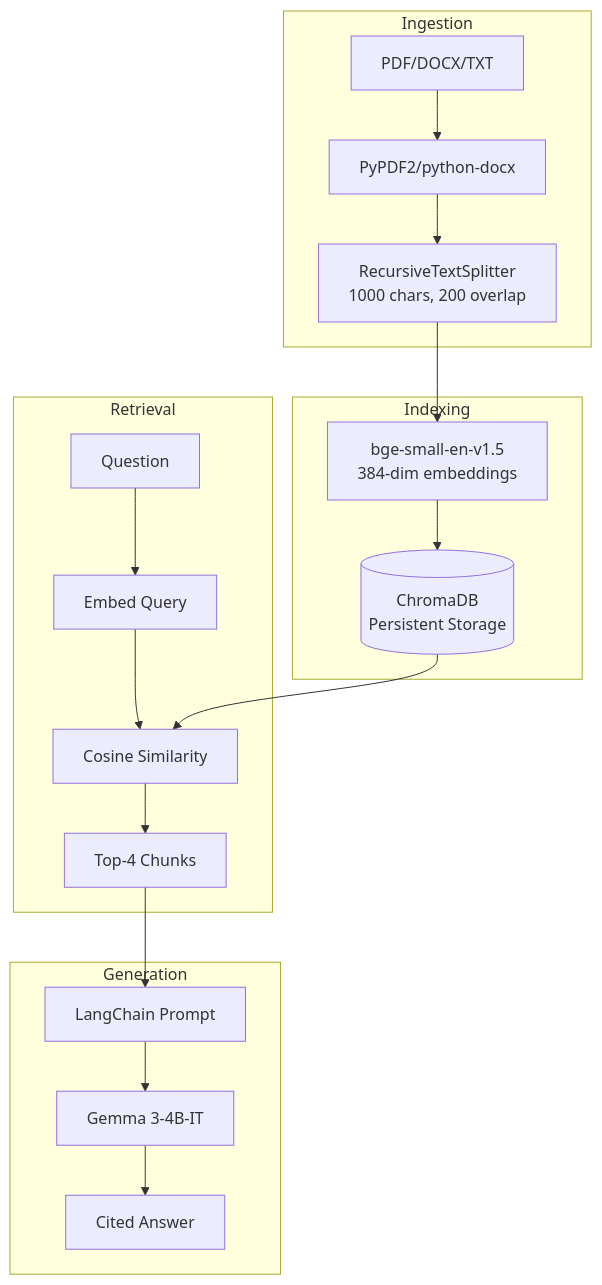
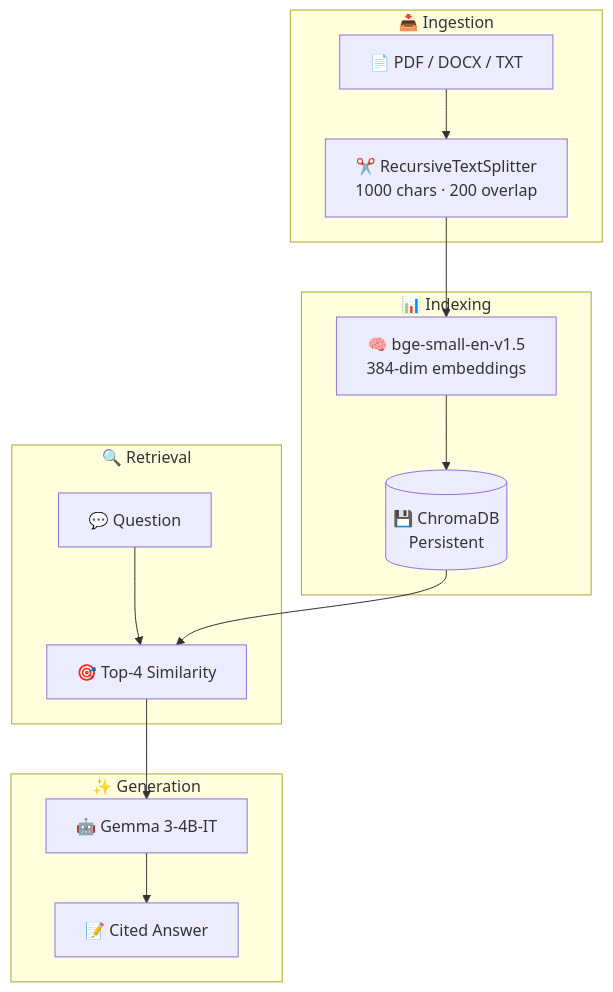
One commit to pkgprateek/rag-document-qa-workflow changed the diagram in README.md. Above: the diagram before and after it, drawn with Mermaid. The commit also changed other lines of this file and 2 other files, not shown here.

Commit message:
docs: overhaul READMEs for GitHub and HuggingFace - Restructure GitHub README with hero section, production checklist, architecture diagram - Refresh HuggingFace README for user onboarding flow - Add docs/DESIGN_DECISIONS.md (slim table format)

````diff
--- a/README.md
+++ b/README.md
@@ -15,25 +27,27 @@
 ```mermaid
 flowchart TB
-    subgraph Ingestion
-        A[PDF/DOCX/TXT] --> B[PyPDF2/python-docx]
-        B --> C[RecursiveTextSplitter<br/>1000 chars, 200 overlap]
+    subgraph Ingestion ["📥 Ingestion"]
+        A["📄 PDF / DOCX / TXT"]
+        B["✂️ RecursiveTextSplitter<br/>1000 chars · 200 overlap"]
+        A --> B
     end
     
-    subgraph Indexing
-        C --> D[bge-small-en-v1.5<br/>384-dim embeddings]
-        D --> E[(ChromaDB<br/>Persistent Storage)]
+    subgraph Indexing ["📊 Indexing"]
+        C["🧠 bge-small-en-v1.5<br/>384-dim embeddings"]
+        D[("💾 ChromaDB<br/>Persistent")]
+        B --> C --> D
     end
     
-    subgraph Retrieval
-        F[Question] --> G[Embed Query]
-        G --> H[Cosine Similarity]
-        E --> H
-        H --> I[Top-4 Chunks]
+    subgraph Retrieval ["🔍 Retrieval"]
+        E["💬 Question"]
+        F["🎯 Top-4 Similarity"]
+        E --> F
+        D --> F
     end
     
-    subgraph Generation
-        I --> J[LangChain Prompt]
-        J --> K[Gemma 3-4B-IT]
-        K --> L[Cited Answer]
+    subgraph Generation ["✨ Generation"]
+        G["🤖 Gemma 3-4B-IT"]
+        H["📝 Cited Answer"]
+        F --> G --> H
     end
 ```
````
